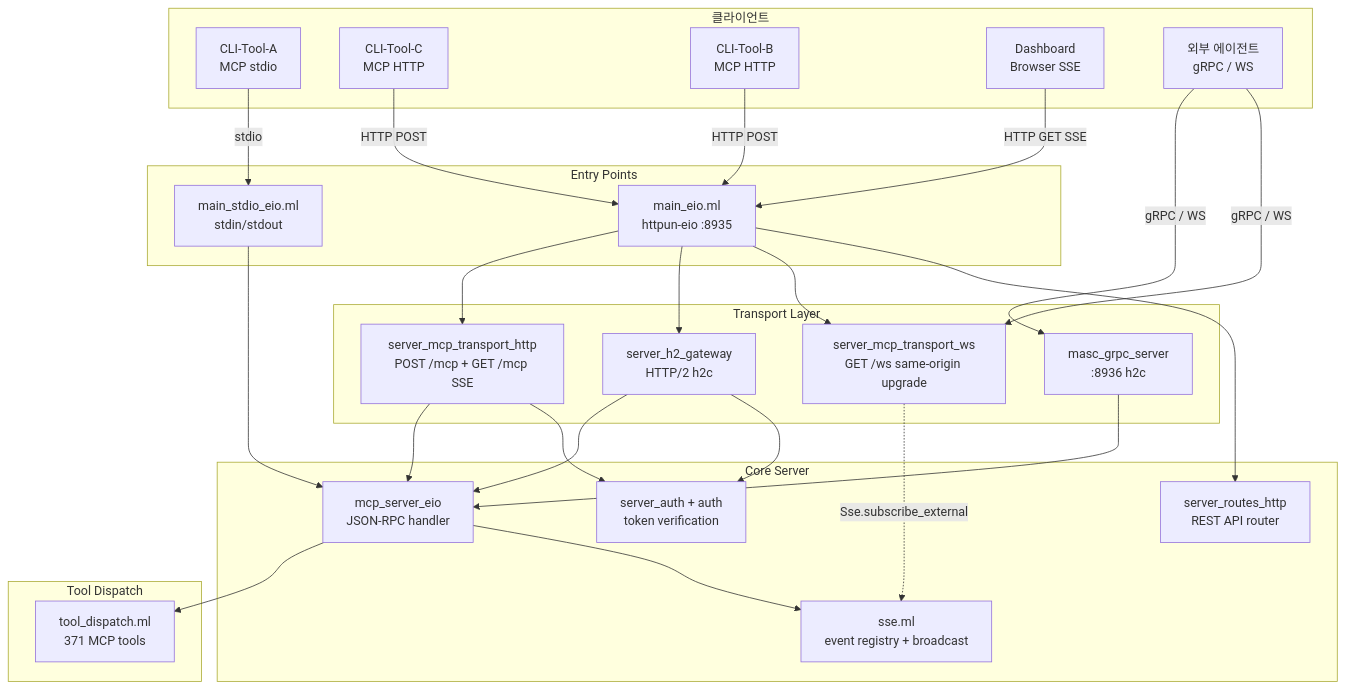
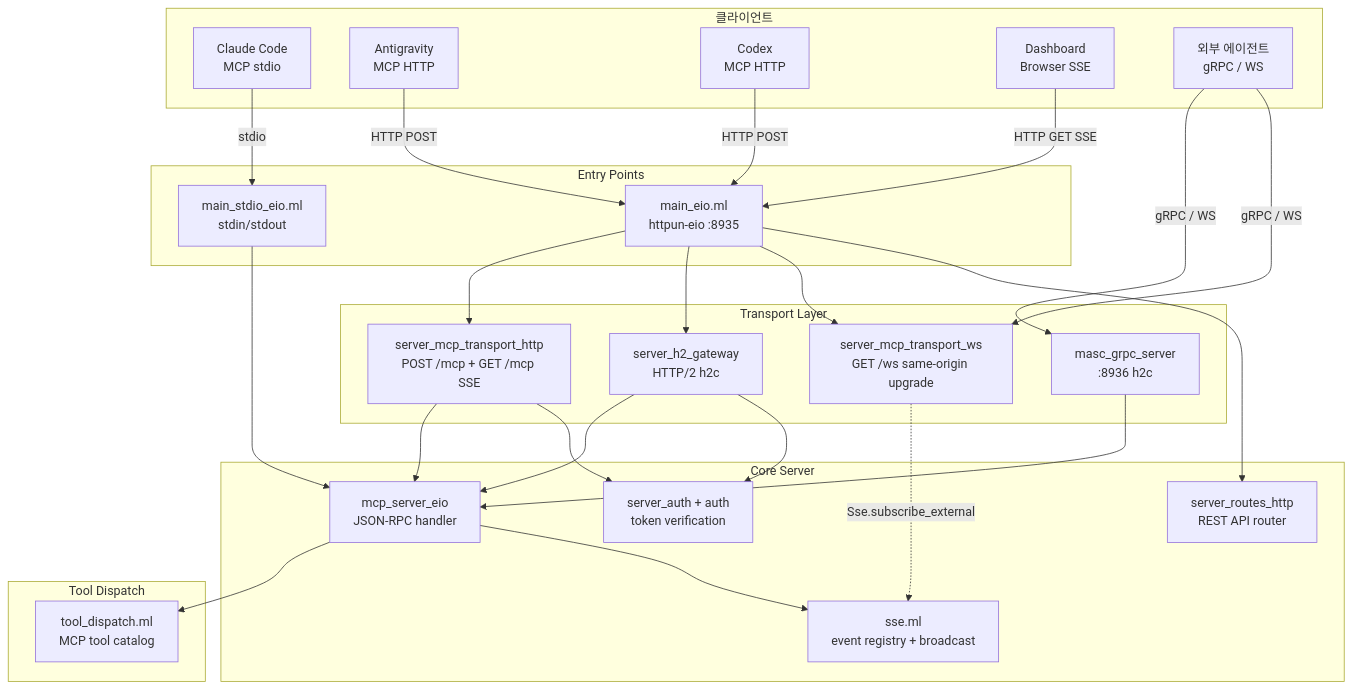
Before and after one commit to jeong-sik/masc: the first of 3 diagrams in docs/spec/09-server-transport.md, drawn with Mermaid. The commit also changed other lines of this file and 158 other files, not shown here.

````diff
--- a/docs/spec/09-server-transport.md
+++ b/docs/spec/09-server-transport.md
@@ -34,51 +34,51 @@
 ```mermaid
 graph TB
     subgraph Clients["클라이언트"]
-        CC[CLI-Tool-A<br/>MCP stdio]
-        GC[CLI-Tool-C<br/>MCP HTTP]
-        CX[CLI-Tool-B<br/>MCP HTTP]
+        CC[Claude Code<br/>MCP stdio]
+        GC[Antigravity<br/>MCP HTTP]
+        CX[Codex<br/>MCP HTTP]
         DB[Dashboard<br/>Browser SSE]
         EXT[외부 에이전트<br/>gRPC / WS]
     end
 
     subgraph EntryPoints["Entry Points"]
         STDIO[main_stdio_eio.ml<br/>stdin/stdout]
         HTTP[main_eio.ml<br/>httpun-eio :8935]
     end
 
     subgraph TransportLayer["Transport Layer"]
         MCP_HTTP[server_mcp_transport_http<br/>POST /mcp + GET /mcp SSE]
         H2_GW[server_h2_gateway<br/>HTTP/2 h2c]
         WS_T[server_mcp_transport_ws<br/>GET /ws same-origin upgrade]
         GRPC_S[masc_grpc_server<br/>:8936 h2c]
     end
 
     subgraph CoreServer["Core Server"]
         MCP_EIO[mcp_server_eio<br/>JSON-RPC handler]
         SSE_MOD[sse.ml<br/>event registry + broadcast]
         AUTH[server_auth + auth<br/>token verification]
         ROUTES[server_routes_http<br/>REST API router]
     end
 
     subgraph Dispatch["Tool Dispatch"]
-        TD[tool_dispatch.ml<br/>371 MCP tools]
+        TD[tool_dispatch.ml<br/>MCP tool catalog]
     end
 
     CC -->|stdio| STDIO
     GC -->|HTTP POST| HTTP
     CX -->|HTTP POST| HTTP
     DB -->|HTTP GET SSE| HTTP
     EXT -->|gRPC / WS| GRPC_S & WS_T
 
     STDIO --> MCP_EIO
     HTTP --> MCP_HTTP & H2_GW & WS_T & ROUTES
     MCP_HTTP --> MCP_EIO
     H2_GW --> MCP_EIO
     WS_T -.->|Sse.subscribe_external| SSE_MOD
     GRPC_S --> MCP_EIO
 
     MCP_EIO --> TD
     MCP_EIO --> SSE_MOD
     MCP_HTTP --> AUTH
     H2_GW --> AUTH
 ```
````
